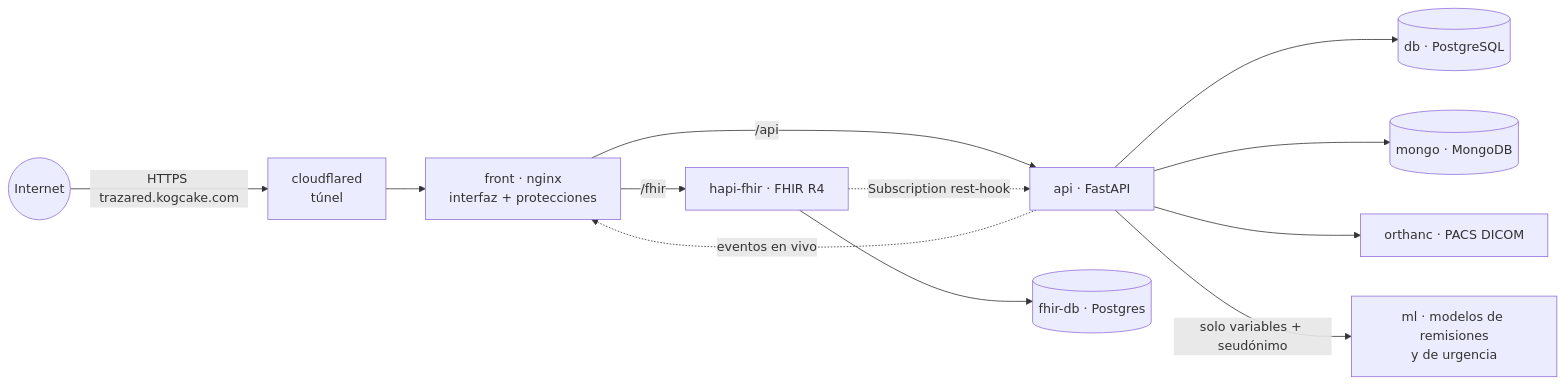
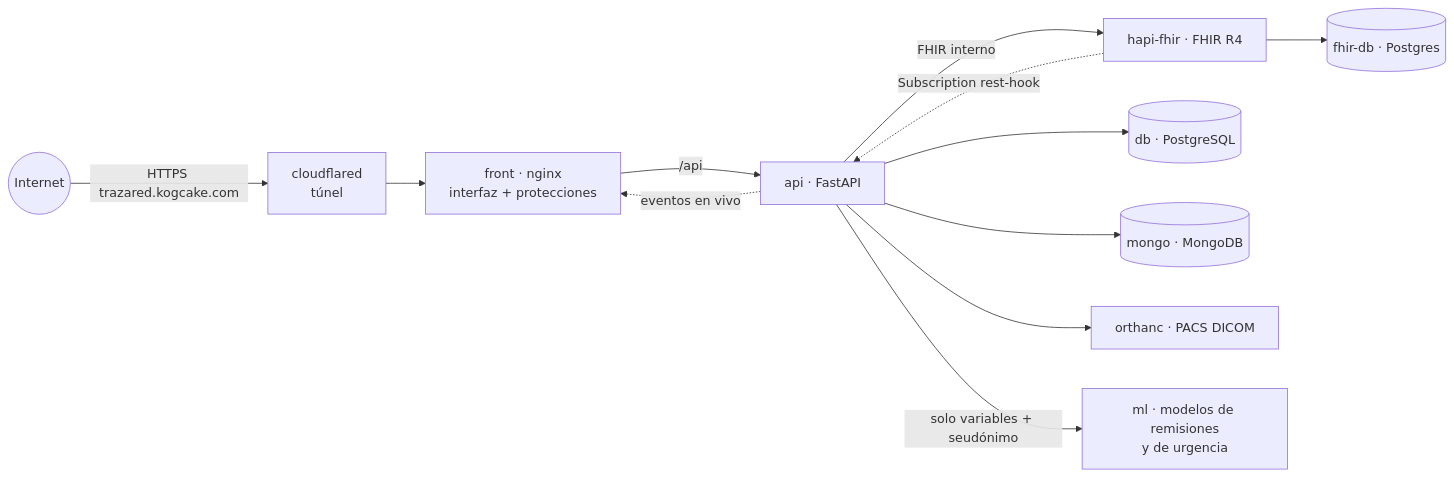
Before and after one commit to Laura25a/TrazaRedHUV: the first of 3 diagrams in README.md, drawn with Mermaid. The commit also changed other lines of this file and 22 other files, not shown here.

````diff
--- a/README.md
+++ b/README.md
@@ -75,14 +75,14 @@
 ```mermaid
 flowchart LR
     internet((Internet)) -->|HTTPS trazared.kogcake.com| cf[cloudflared<br/>túnel]
     cf --> front[front · nginx<br/>interfaz + protecciones]
     front -->|/api| api[api · FastAPI]
-    front -->|/fhir| hapi[hapi-fhir · FHIR R4]
+    api -->|FHIR interno| hapi[hapi-fhir · FHIR R4]
     hapi --> fhirdb[(fhir-db · Postgres)]
     api --> db[(db · PostgreSQL)]
     api --> mongo[(mongo · MongoDB)]
     api --> orthanc[orthanc · PACS DICOM]
     api -->|solo variables + seudónimo| ml[ml · modelos de remisiones<br/>y de urgencia]
     hapi -.->|Subscription rest-hook| api
     api -.->|eventos en vivo| front
 ```
````
